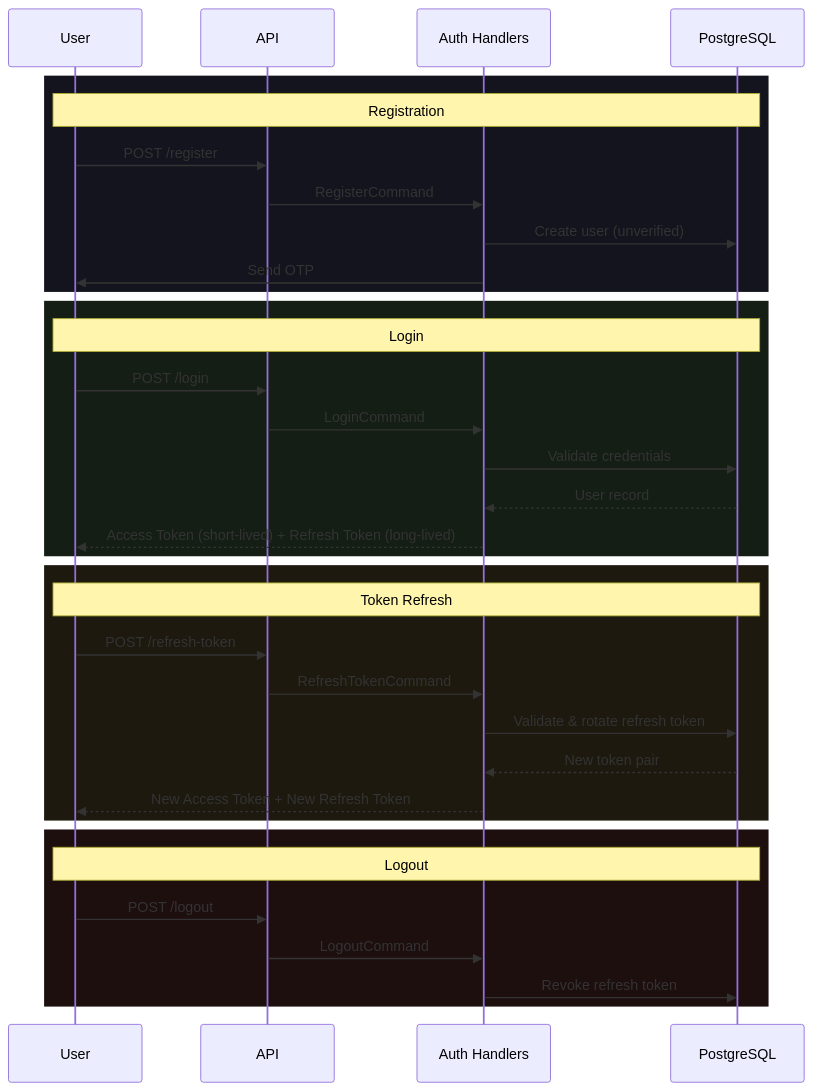
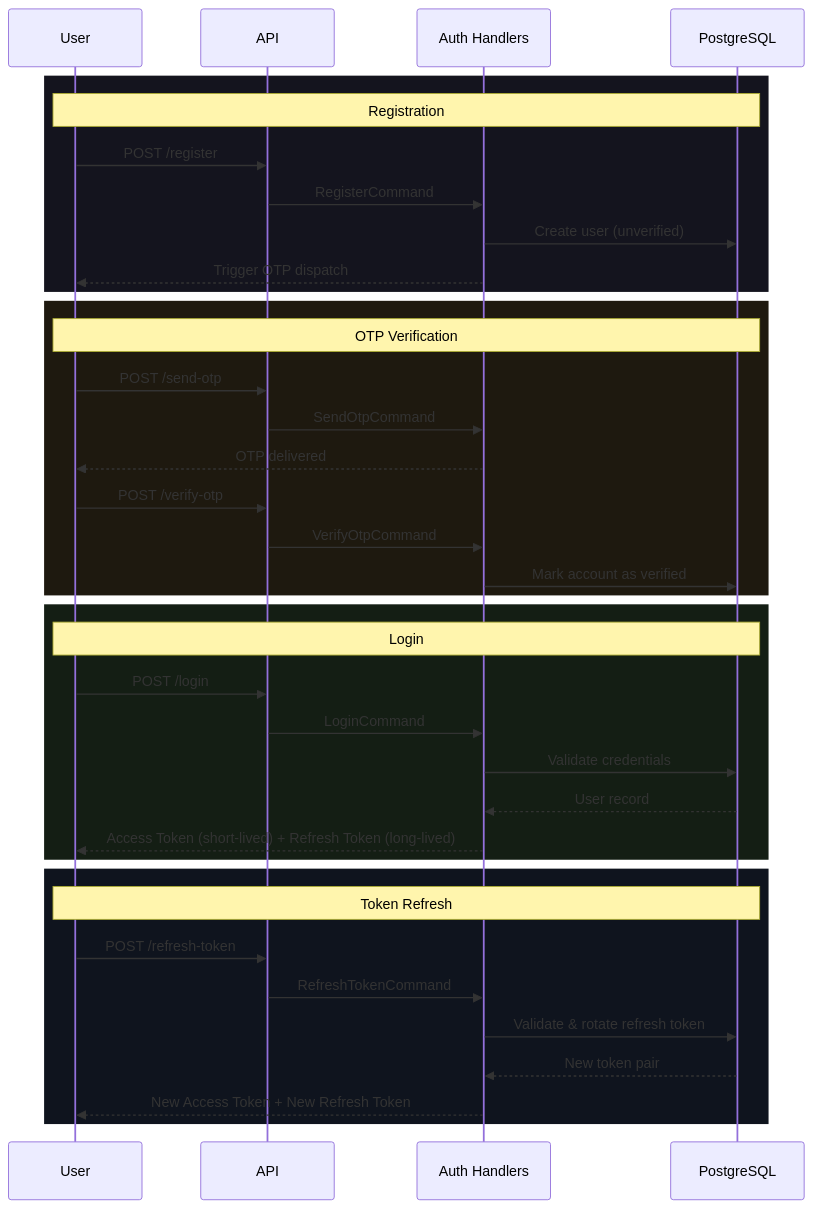
The third of 3 diagrams in README.md (amralsaftawi/FixNow), drawn with Mermaid before and after one commit. The commit also changed other lines of this file and 21 other files, not shown here.

Commit message:
feat(auth): implement OTP verification and improve authentication flow

````diff
--- a/README.md
+++ b/README.md
@@ -188,40 +200,43 @@
 ```mermaid
 sequenceDiagram
     participant User
     participant API
     participant AuthHandler as Auth Handlers
     participant DB as PostgreSQL
 
     rect rgb(20,20,30)
     Note over User,DB: Registration
     User->>API: POST /register
     API->>AuthHandler: RegisterCommand
     AuthHandler->>DB: Create user (unverified)
-    AuthHandler->>User: Send OTP
+    AuthHandler-->>User: Trigger OTP dispatch
+    end
+
+    rect rgb(30,25,15)
+    Note over User,DB: OTP Verification
+    User->>API: POST /send-otp
+    API->>AuthHandler: SendOtpCommand
+    AuthHandler-->>User: OTP delivered
+    User->>API: POST /verify-otp
+    API->>AuthHandler: VerifyOtpCommand
+    AuthHandler->>DB: Mark account as verified
     end
 
     rect rgb(20,30,20)
     Note over User,DB: Login
     User->>API: POST /login
     API->>AuthHandler: LoginCommand
     AuthHandler->>DB: Validate credentials
     DB-->>AuthHandler: User record
     AuthHandler-->>User: Access Token (short-lived) + Refresh Token (long-lived)
     end
 
-    rect rgb(30,25,15)
+    rect rgb(15,20,30)
     Note over User,DB: Token Refresh
     User->>API: POST /refresh-token
     API->>AuthHandler: RefreshTokenCommand
     AuthHandler->>DB: Validate & rotate refresh token
     DB-->>AuthHandler: New token pair
     AuthHandler-->>User: New Access Token + New Refresh Token
     end
-
-    rect rgb(30,15,15)
-    Note over User,DB: Logout
-    User->>API: POST /logout
-    API->>AuthHandler: LogoutCommand
-    AuthHandler->>DB: Revoke refresh token
-    end
 ```
````
